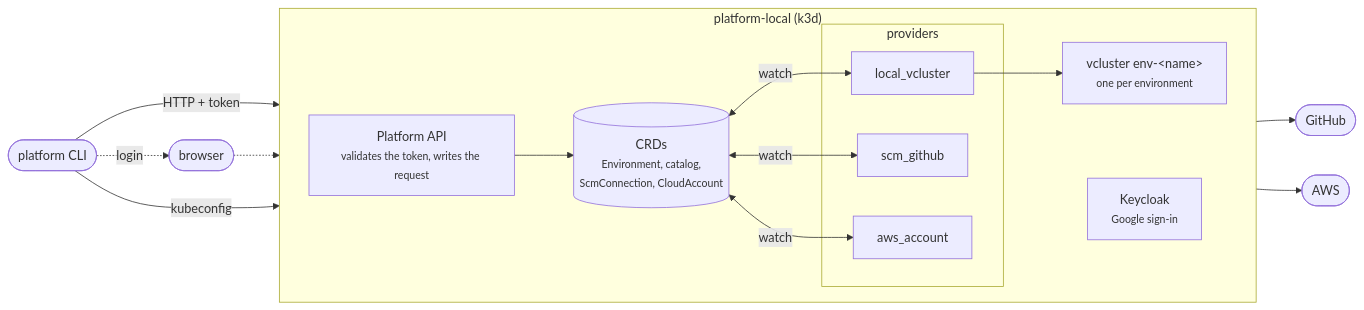
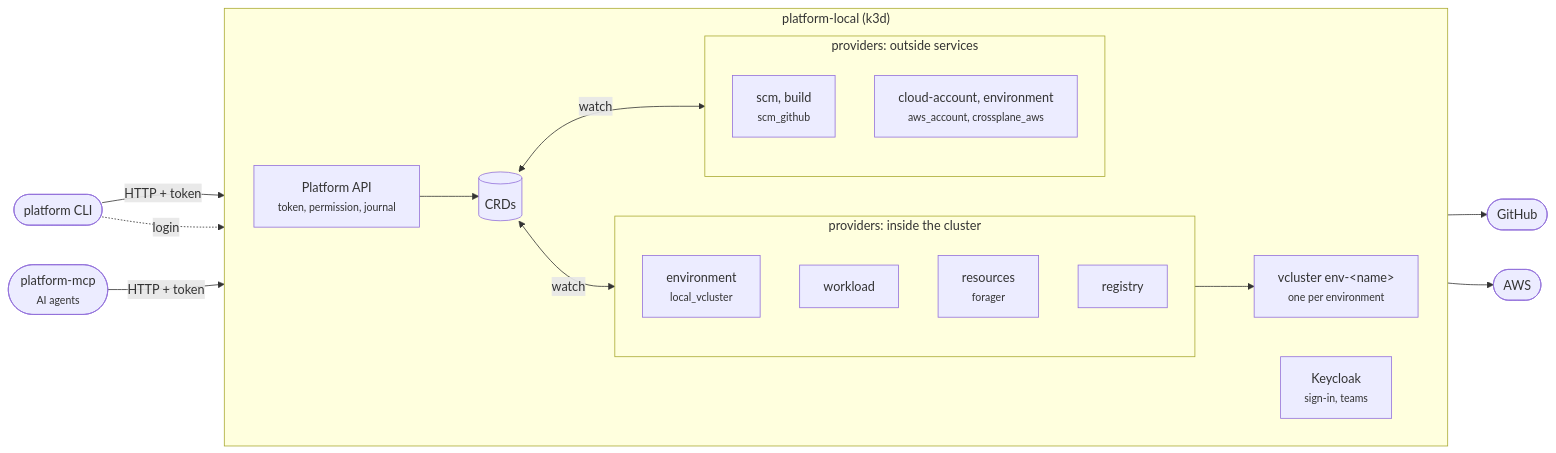
One commit to smsilva/wasp-idp changed the diagram in platform/docs/architecture.md. Above: the diagram before and after it, drawn with Mermaid. The commit also changed other lines of this file and 2 other files, not shown here.

Commit message:
docs: home and Architecture with the Platform API at the center
The home opens with one line on the Platform API; Architecture draws the
CLI and the MCP server as clients of the API, and the providers grouped
by capability, inside the cluster or towards GitHub and AWS.

Closes #484

````diff
--- a/platform/docs/architecture.md
+++ b/platform/docs/architecture.md
@@ -10,30 +12,36 @@
 ```mermaid
 flowchart LR
   cli(["platform CLI"])
-  browser(["browser"])
+  mcp(["platform-mcp<br/><small>AI agents</small>"])
 
   subgraph local["platform-local (k3d)"]
     direction LR
-    keycloak["Keycloak<br/><small>Google sign-in</small>"]
-    api["Platform API<br/><small>validates the token, writes the request</small>"]
-    crds[("CRDs<br/><small>Environment, catalog,<br/>ScmConnection, CloudAccount</small>")]
-    subgraph providers["providers"]
-      vcluster["local_vcluster"]
-      scm["scm_github"]
-      aws["aws_account"]
+    keycloak["Keycloak<br/><small>sign-in, teams</small>"]
+    api["Platform API<br/><small>token, permission, journal</small>"]
+    crds[("CRDs")]
+    subgraph inside["providers: inside the cluster"]
+      direction TB
+      environment["environment<br/><small>local_vcluster</small>"]
+      workload["workload"]
+      resources["resources<br/><small>forager</small>"]
+      registry["registry"]
     end
     envs["vcluster env-&lt;name&gt;<br/><small>one per environment</small>"]
+    subgraph outside["providers: outside services"]
+      direction TB
+      scmbuild["scm, build<br/><small>scm_github</small>"]
+      cloud["cloud-account, environment<br/><small>aws_account, crossplane_aws</small>"]
+    end
   end
 
   github(["GitHub"])
-  awscloud(["AWS"])
+  aws(["AWS"])
 
-  cli -- "HTTP + token" --> api
-  cli -. login .-> browser -.-> keycloak
+  cli & mcp -- "HTTP + token" --> api
+  cli -. login .-> keycloak
   api --> crds
-  crds <-- watch --> vcluster & scm & aws
-  vcluster --> envs
-  scm --> github
-  aws --> awscloud
-  cli -- kubeconfig --> envs
+  crds <-- watch --> inside & outside
+  inside --> envs
+  scmbuild --> github
+  cloud --> aws
 ```
````
